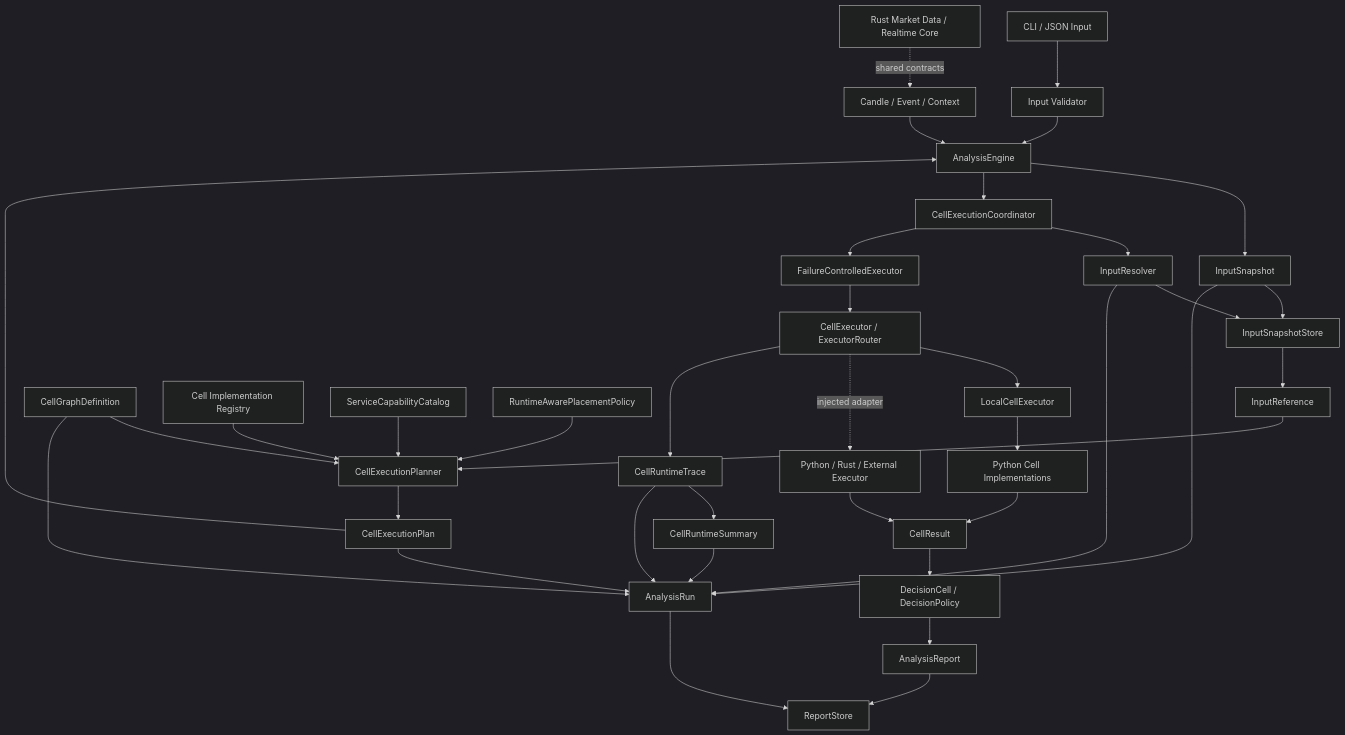
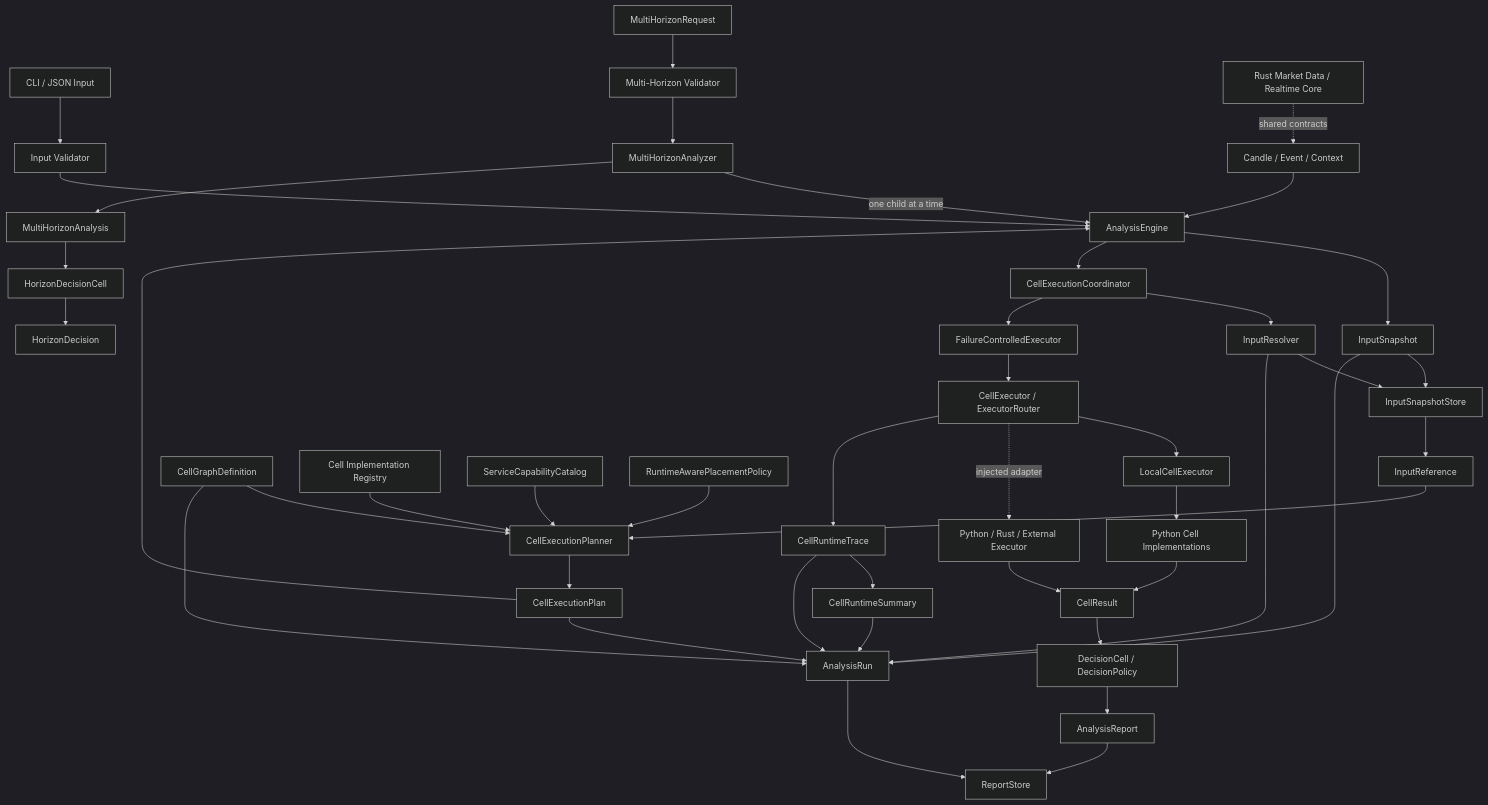
The diagram in docs/system_architecture.md (ModWU/market-cell), drawn with Mermaid (dark theme) before and after one commit. The commit also changed other lines of this file and 43 other files, not shown here.

Commit message:
Add multi-horizon analysis and decision foundation

````diff
--- a/docs/system_architecture.md
+++ b/docs/system_architecture.md
@@ -42,43 +42,49 @@
 ```mermaid
 flowchart TD
     Input["CLI / JSON Input"] --> Validate["Input Validator"]
     Validate --> Engine["AnalysisEngine"]
+    MultiInput["MultiHorizonRequest"] --> MultiValidate["Multi-Horizon Validator"]
+    MultiValidate --> MultiAnalyzer["MultiHorizonAnalyzer"]
+    MultiAnalyzer -->|"one child at a time"| Engine
+    MultiAnalyzer --> MultiAnalysis["MultiHorizonAnalysis"]
+    MultiAnalysis --> HorizonDecisionCell["HorizonDecisionCell"]
+    HorizonDecisionCell --> HorizonDecision["HorizonDecision"]
     Engine --> Snapshot["InputSnapshot"]
     Snapshot --> InputStore["InputSnapshotStore"]
     InputStore --> InputRef["InputReference"]
 
     Graph["CellGraphDefinition"] --> Planner["CellExecutionPlanner"]
     Registry["Cell Implementation Registry"] --> Planner
     Catalog["ServiceCapabilityCatalog"] --> Planner
     Placement["RuntimeAwarePlacementPolicy"] --> Planner
     InputRef --> Planner
     Planner --> Plan["CellExecutionPlan"]
     Plan --> Engine
 
     Engine --> Coordinator["CellExecutionCoordinator"]
     Coordinator --> Resolver["InputResolver"]
     Resolver --> InputStore
     Coordinator --> Control["FailureControlledExecutor"]
     Control --> Executor["CellExecutor / ExecutorRouter"]
     Executor --> Local["LocalCellExecutor"]
     Executor -. injected adapter .-> Service["Python / Rust / External Executor"]
     Local --> Cells["Python Cell Implementations"]
     Cells --> Results["CellResult"]
     Service --> Results
     Results --> Decision["DecisionCell / DecisionPolicy"]
     Decision --> Report["AnalysisReport"]
 
     Executor --> Trace["CellRuntimeTrace"]
     Trace --> Summary["CellRuntimeSummary"]
     Plan --> Run["AnalysisRun"]
     Graph --> Run
     Snapshot --> Run
     Resolver --> Run
     Trace --> Run
     Summary --> Run
     Report --> Store["ReportStore"]
     Run --> Store
 
     Data["Candle / Event / Context"] --> Engine
     Rust["Rust Market Data / Realtime Core"] -. shared contracts .-> Data
 ```
````
